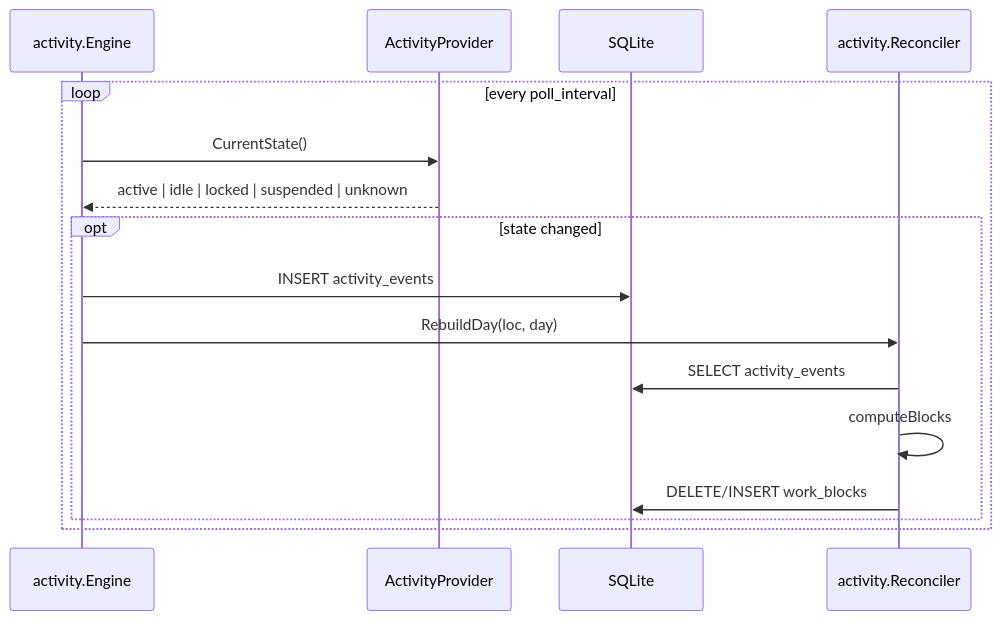
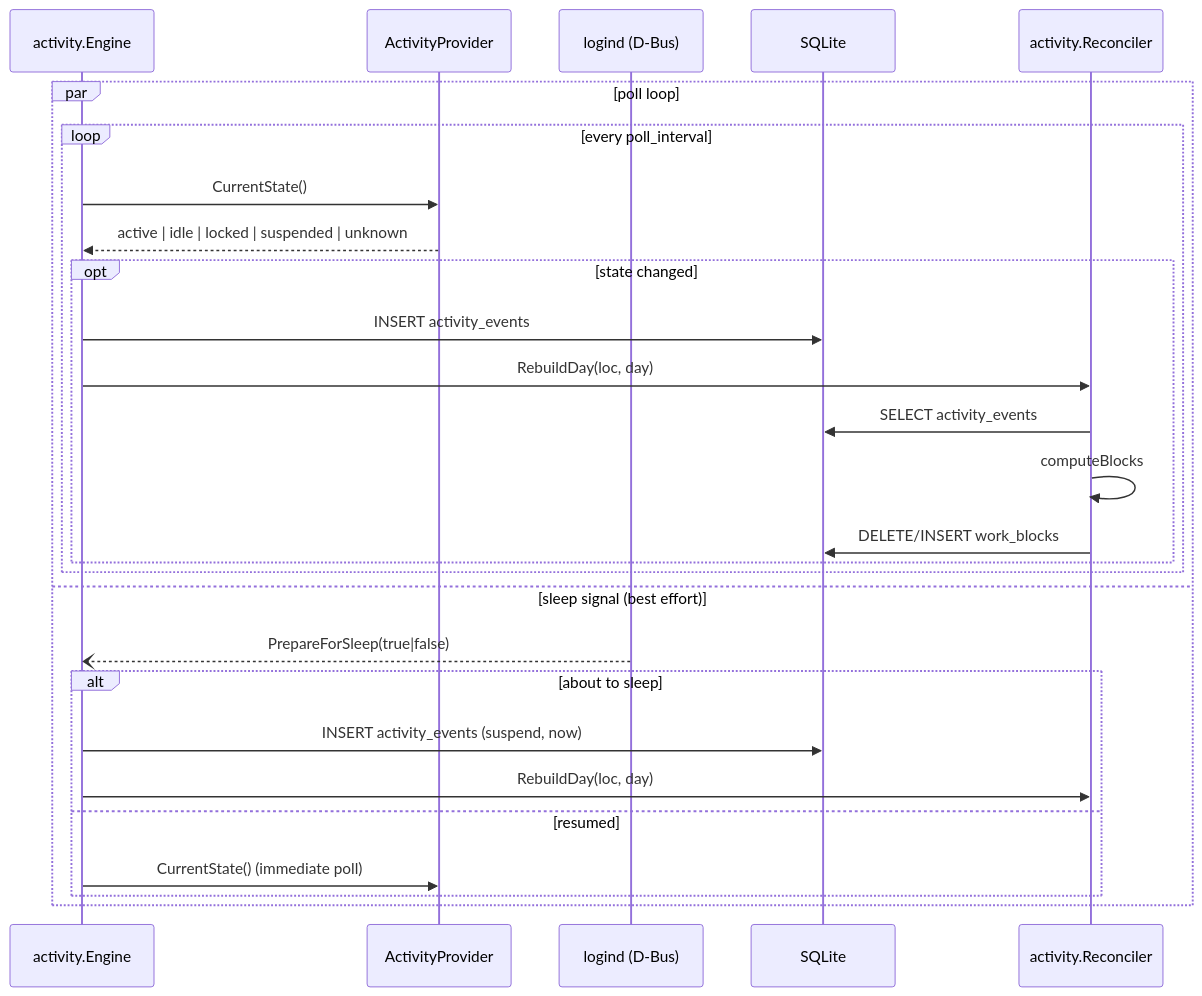
The third of 8 diagrams in docs/architecture.md (smeir/Zeitspur), drawn with Mermaid before and after one commit. The commit also changed other lines of this file and 5 other files, not shown here.

First line of the commit message:
feat(activity): detect suspend/resume via logind PrepareForSleep signal

````diff
--- a/docs/architecture.md
+++ b/docs/architecture.md
@@ -118,19 +118,30 @@
 ```mermaid
 sequenceDiagram
   participant Engine as activity.Engine
   participant Provider as ActivityProvider
+  participant Logind as logind (D-Bus)
   participant DB as SQLite
   participant Reconciler as activity.Reconciler
 
-  loop every poll_interval
-    Engine->>Provider: CurrentState()
-    Provider-->>Engine: active | idle | locked | suspended | unknown
-    opt state changed
-      Engine->>DB: INSERT activity_events
+  par poll loop
+    loop every poll_interval
+      Engine->>Provider: CurrentState()
+      Provider-->>Engine: active | idle | locked | suspended | unknown
+      opt state changed
+        Engine->>DB: INSERT activity_events
+        Engine->>Reconciler: RebuildDay(loc, day)
+        Reconciler->>DB: SELECT activity_events
+        Reconciler->>Reconciler: computeBlocks
+        Reconciler->>DB: DELETE/INSERT work_blocks
+      end
+    end
+  and sleep signal (best effort)
+    Logind--)Engine: PrepareForSleep(true|false)
+    alt about to sleep
+      Engine->>DB: INSERT activity_events (suspend, now)
       Engine->>Reconciler: RebuildDay(loc, day)
-      Reconciler->>DB: SELECT activity_events
-      Reconciler->>Reconciler: computeBlocks
-      Reconciler->>DB: DELETE/INSERT work_blocks
+    else resumed
+      Engine->>Provider: CurrentState() (immediate poll)
     end
   end
 ```
````
